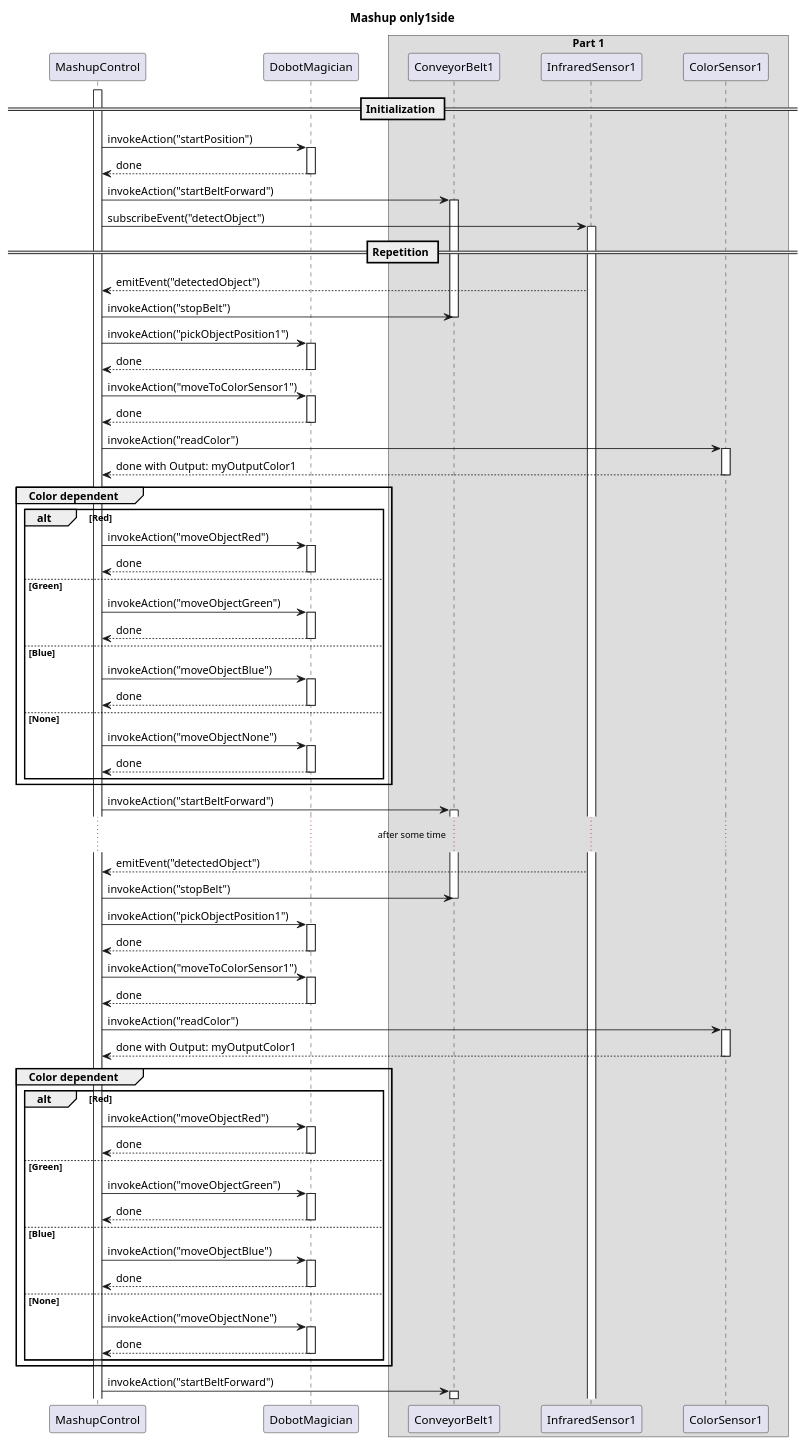
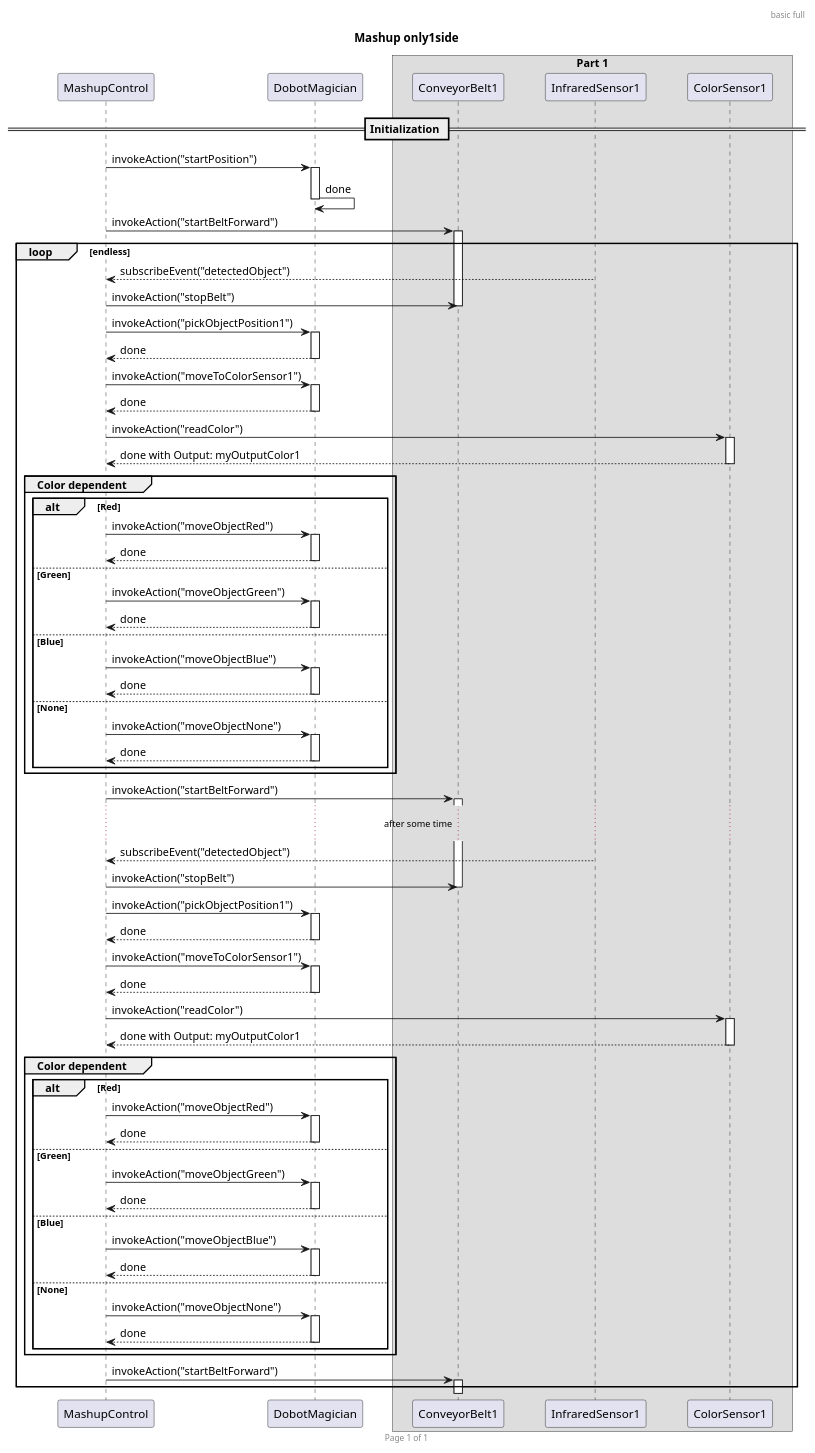
One commit to tum-esi/wot-sys changed the diagram in SequenceDiagrams/SequenceDiagramUML_mashup_only1side.wsd. Above: the diagram before and after it, drawn with PlantUML.

Commit message:
Replace SequenceDiagramUML_mashup_only1side.wsd

```diff
--- a/SequenceDiagrams/SequenceDiagramUML_mashup_only1side.wsd
+++ b/SequenceDiagrams/SequenceDiagramUML_mashup_only1side.wsd
@@ -1,117 +1,117 @@
 @startuml
+header basic full
+footer Page %page% of %lastpage%
 
 title Mashup only1side
 
 skinparam ParticipantPadding 20
 skinparam BoxPadding 10
 
 participant MashupControl as MC
 participant DobotMagician as DM
 
 box "Part 1"
 participant ConveyorBelt1 as CB1
 participant InfraredSensor1 as IS1
 participant ColorSensor1 as CS1
 end box
 
 == Initialization ==
 
-activate MC
-
 MC -> DM: invokeAction("startPosition")
 activate DM
-MC <-- DM: done
+DM -> DM: done
 deactivate DM
 
 MC -> CB1: invokeAction("startBeltForward")
 activate CB1
 
-MC -> IS1: subscribeEvent("detectObject")
-activate IS1
+loop endless
 
-== Repetition ==
-
-MC <-- IS1: emitEvent("detectedObject")
+MC <-- IS1: subscribeEvent("detectedObject")
 MC -> CB1: invokeAction("stopBelt")
 deactivate CB1
 MC -> DM: invokeAction("pickObjectPosition1")
 activate DM
 MC <-- DM: done
 deactivate DM
 MC -> DM: invokeAction("moveToColorSensor1")
 activate DM
 MC <-- DM: done
 deactivate DM
 MC -> CS1: invokeAction("readColor")
 activate CS1
 MC <-- CS1: done with Output: myOutputColor1
 deactivate CS1
 group Color dependent
 alt Red
 MC -> DM: invokeAction("moveObjectRed")
 activate DM
 MC <-- DM: done
 deactivate DM
 else Green
 MC -> DM: invokeAction("moveObjectGreen")
 activate DM
 MC <-- DM: done
 deactivate DM
 else Blue
 MC -> DM: invokeAction("moveObjectBlue")
 activate DM
 MC <-- DM: done
 deactivate DM
 else None
 MC -> DM: invokeAction("moveObjectNone")
 activate DM
 MC <-- DM: done
 deactivate DM
 end
 end
 MC -> CB1: invokeAction("startBeltForward")
 activate CB1
 
 ... after some time ...
 
-MC <-- IS1: emitEvent("detectedObject")
+MC <-- IS1: subscribeEvent("detectedObject")
 MC -> CB1: invokeAction("stopBelt")
 deactivate CB1
 MC -> DM: invokeAction("pickObjectPosition1")
 activate DM
 MC <-- DM: done
 deactivate DM
 MC -> DM: invokeAction("moveToColorSensor1")
 activate DM
 MC <-- DM: done
 deactivate DM
 MC -> CS1: invokeAction("readColor")
 activate CS1
 MC <-- CS1: done with Output: myOutputColor1
 deactivate CS1
 group Color dependent
 alt Red
 MC -> DM: invokeAction("moveObjectRed")
 activate DM
 MC <-- DM: done
 deactivate DM
 else Green
 MC -> DM: invokeAction("moveObjectGreen")
 activate DM
 MC <-- DM: done
 deactivate DM
 else Blue
 MC -> DM: invokeAction("moveObjectBlue")
 activate DM
 MC <-- DM: done
 deactivate DM
 else None
 MC -> DM: invokeAction("moveObjectNone")
 activate DM
 MC <-- DM: done
 deactivate DM
 end
 end
 MC -> CB1: invokeAction("startBeltForward")
 activate CB1
+
+end 
+
 @enduml
```
